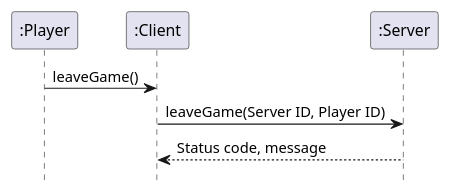
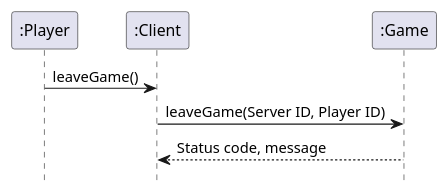
The diagram in diagrams/SD's/SD_leaveGame.puml (MikaelFangel/RoboRally), drawn with PlantUML before and after one commit. The commit also changed 7 other files, not shown here.

```diff
--- a/diagrams/SD's/SD_leaveGame.puml
+++ b/diagrams/SD's/SD_leaveGame.puml
@@ -1,13 +1,13 @@
 @startuml
 'https://plantuml.com/sequence-diagram
 
 hide footbox
 
 Participant ":Player" as player
 Participant ":Client" as client
-Participant ":Server" as server
+Participant ":Game" as game
 
 player -> client : leaveGame()
-client -> server : leaveGame(Server ID, Player ID)
-client <-- server : Status code, message
+client -> game : leaveGame(Server ID, Player ID)
+client <-- game : Status code, message
 @enduml
```
